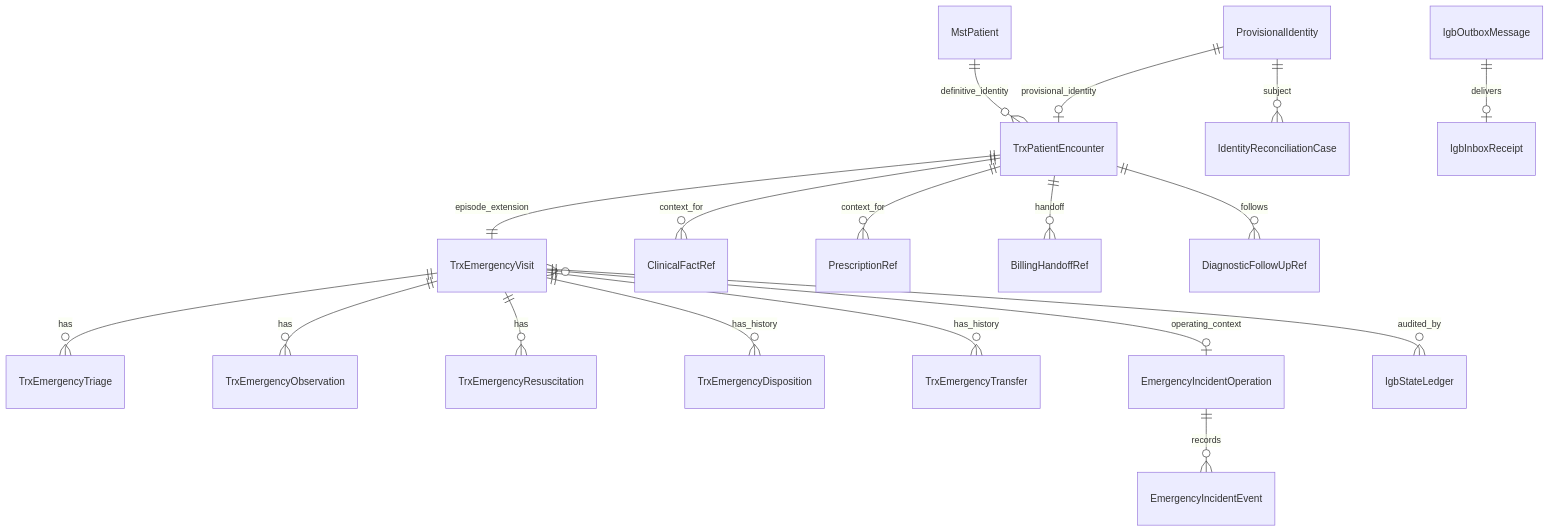
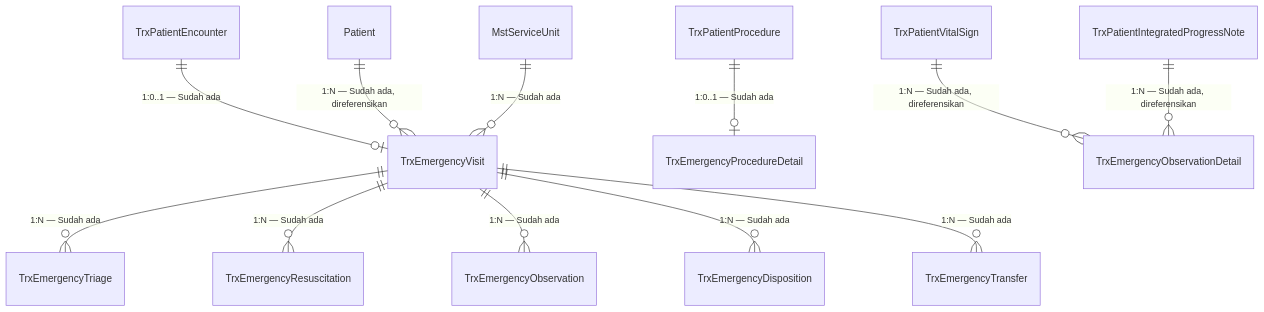
One commit to DevBenari/NewQuilvianSystemBackend changed the diagram in docs/module-blueprints/igd/erd/00-context-erd.md. Above: the diagram before and after it, drawn with Mermaid. The commit also changed other lines of this file and 14 other files, not shown here.

````diff
--- a/docs/module-blueprints/igd/erd/00-context-erd.md
+++ b/docs/module-blueprints/igd/erd/00-context-erd.md
@@ -12,20 +12,14 @@
 ```mermaid
 erDiagram
-    MstPatient ||--o{ TrxPatientEncounter : definitive_identity
-    ProvisionalIdentity ||--o| TrxPatientEncounter : provisional_identity
-    TrxPatientEncounter ||--|| TrxEmergencyVisit : episode_extension
-    TrxEmergencyVisit ||--o{ TrxEmergencyTriage : has
-    TrxEmergencyVisit ||--o{ TrxEmergencyObservation : has
-    TrxEmergencyVisit ||--o{ TrxEmergencyResuscitation : has
-    TrxEmergencyVisit ||--o{ TrxEmergencyDisposition : has_history
-    TrxEmergencyVisit ||--o{ TrxEmergencyTransfer : has_history
-    TrxPatientEncounter ||--o{ ClinicalFactRef : context_for
-    TrxPatientEncounter ||--o{ PrescriptionRef : context_for
-    TrxPatientEncounter ||--o{ BillingHandoffRef : handoff
-    TrxPatientEncounter ||--o{ DiagnosticFollowUpRef : follows
-    ProvisionalIdentity ||--o{ IdentityReconciliationCase : subject
-    EmergencyIncidentOperation ||--o{ EmergencyIncidentEvent : records
-    TrxEmergencyVisit }o--o| EmergencyIncidentOperation : operating_context
-    TrxEmergencyVisit ||--o{ IgbStateLedger : audited_by
-    IgbOutboxMessage ||--o| IgbInboxReceipt : delivers
+    TrxPatientEncounter ||--o| TrxEmergencyVisit : "1:0..1 — Sudah ada"
+    Patient ||--o{ TrxEmergencyVisit : "1:N — Sudah ada, direferensikan"
+    MstServiceUnit ||--o{ TrxEmergencyVisit : "1:N — Sudah ada"
+    TrxEmergencyVisit ||--o{ TrxEmergencyTriage : "1:N — Sudah ada"
+    TrxEmergencyVisit ||--o{ TrxEmergencyResuscitation : "1:N — Sudah ada"
+    TrxEmergencyVisit ||--o{ TrxEmergencyObservation : "1:N — Sudah ada"
+    TrxEmergencyVisit ||--o{ TrxEmergencyDisposition : "1:N — Sudah ada"
+    TrxEmergencyVisit ||--o{ TrxEmergencyTransfer : "1:N — Sudah ada"
+    TrxPatientProcedure ||--o| TrxEmergencyProcedureDetail : "1:0..1 — Sudah ada"
+    TrxPatientVitalSign ||--o{ TrxEmergencyObservationDetail : "1:N — Sudah ada, direferensikan"
+    TrxPatientIntegratedProgressNote ||--o{ TrxEmergencyObservationDetail : "1:N — Sudah ada, direferensikan"
 ```
````
